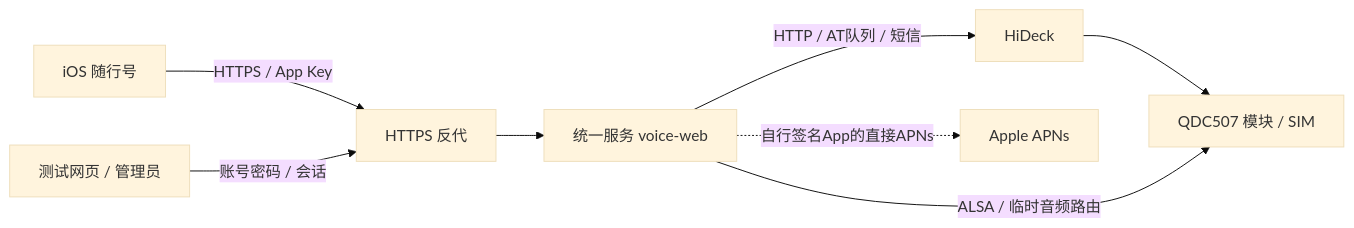
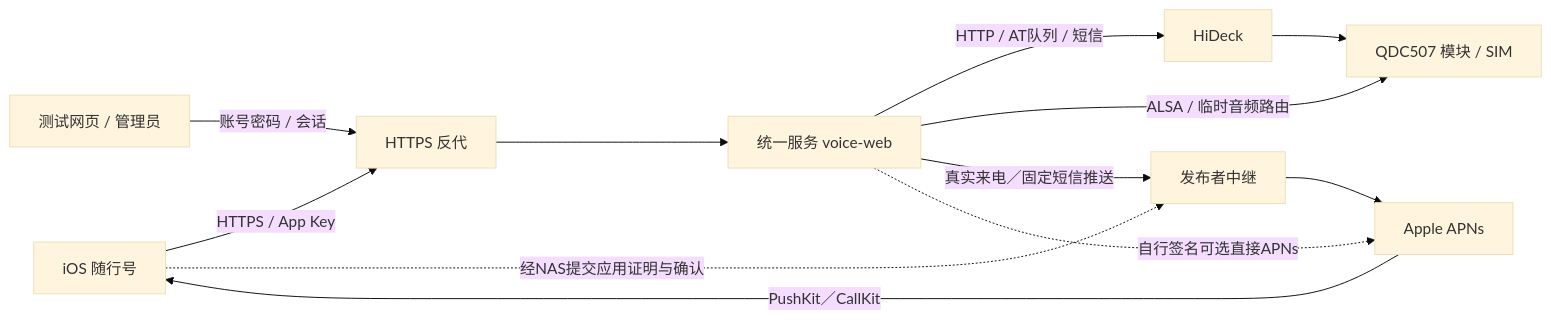
The diagram in docs/architecture.md (callmepopo/Suixinghao), drawn with Mermaid (base theme) before and after one commit. The commit also changed other lines of this file and 36 other files, not shown here.

````diff
--- a/docs/architecture.md
+++ b/docs/architecture.md
@@ -12,10 +13,14 @@
 ```mermaid
 flowchart LR
   A[iOS 随行号] -->|HTTPS / App Key| P[HTTPS 反代]
   W[测试网页 / 管理员] -->|账号密码 / 会话| P
   P --> S[统一服务 voice-web]
   S -->|HTTP / AT队列 / 短信| H[HiDeck]
   H --> M[QDC507 模块 / SIM]
   S -->|ALSA / 临时音频路由| M
-  S -.->|自行签名App的直接APNs| N[Apple APNs]
+  S -->|真实来电／固定短信推送| R[发布者中继]
+  A -.->|经NAS提交应用证明与确认| R
+  R --> N[Apple APNs]
+  N -->|PushKit／CallKit| A
+  S -.->|自行签名可选直接APNs| N
 ```
````
